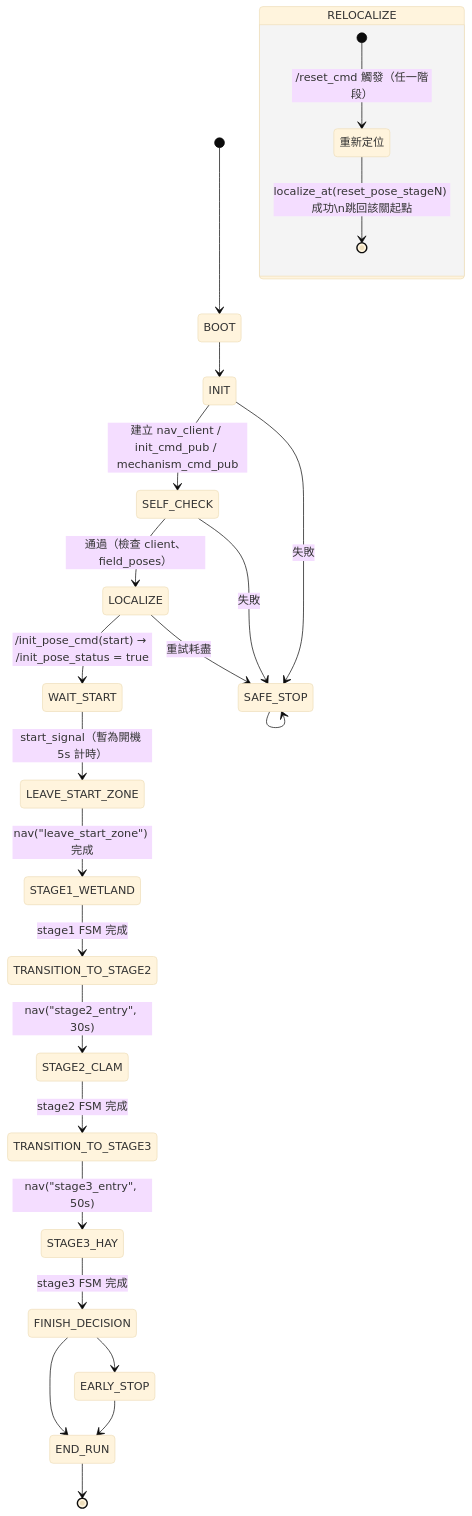
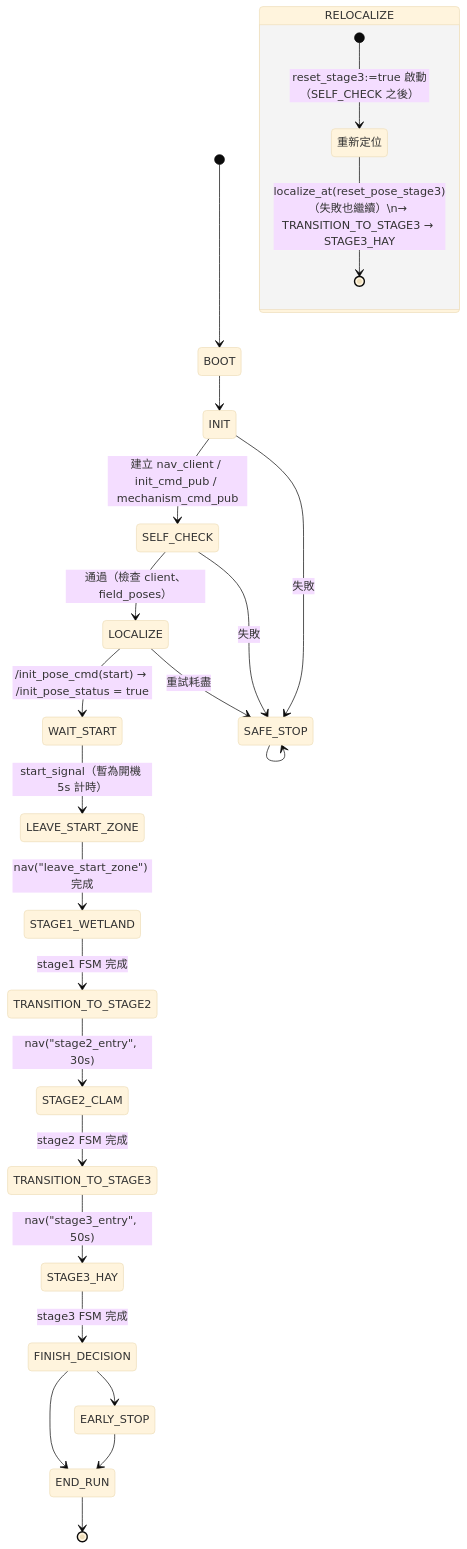
The second of 2 diagrams in README.md (terryking0711/robot_fsm_v2_ws), drawn with Mermaid (base theme) before and after one commit. The commit also changed other lines of this file and 26 other files, not shown here.

````diff
--- a/README.md
+++ b/README.md
@@ -62,34 +62,34 @@
 ```mermaid
 stateDiagram-v2
     direction TB
     [*] --> BOOT
     BOOT --> INIT
     INIT --> SELF_CHECK : 建立 nav_client / init_cmd_pub / mechanism_cmd_pub
     INIT --> SAFE_STOP : 失敗
 
     SELF_CHECK --> LOCALIZE : 通過（檢查 client、field_poses）
     SELF_CHECK --> SAFE_STOP : 失敗
 
     LOCALIZE --> WAIT_START : /init_pose_cmd(start) → /init_pose_status = true
     LOCALIZE --> SAFE_STOP : 重試耗盡
 
     WAIT_START --> LEAVE_START_ZONE : start_signal（暫為開機 5s 計時）
 
     LEAVE_START_ZONE --> STAGE1_WETLAND : nav("leave_start_zone") 完成
     STAGE1_WETLAND --> TRANSITION_TO_STAGE2 : stage1 FSM 完成
     TRANSITION_TO_STAGE2 --> STAGE2_CLAM : nav("stage2_entry", 30s)
     STAGE2_CLAM --> TRANSITION_TO_STAGE3 : stage2 FSM 完成
     TRANSITION_TO_STAGE3 --> STAGE3_HAY : nav("stage3_entry", 50s)
     STAGE3_HAY --> FINISH_DECISION : stage3 FSM 完成
 
     state RELOCALIZE {
-        [*] --> 重新定位 : /reset_cmd 觸發（任一階段）
-        重新定位 --> [*] : localize_at(reset_pose_stageN) 成功\n跳回該關起點
+        [*] --> 重新定位 : reset_stage3:=true 啟動（SELF_CHECK 之後）
+        重新定位 --> [*] : localize_at(reset_pose_stage3)（失敗也繼續）\n→ TRANSITION_TO_STAGE3 → STAGE3_HAY
     }
 
     FINISH_DECISION --> END_RUN
     FINISH_DECISION --> EARLY_STOP
     EARLY_STOP --> END_RUN
     END_RUN --> [*]
     SAFE_STOP --> SAFE_STOP
 ```
````
